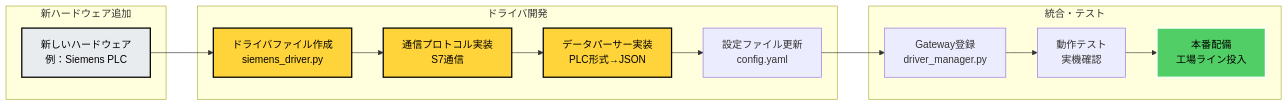
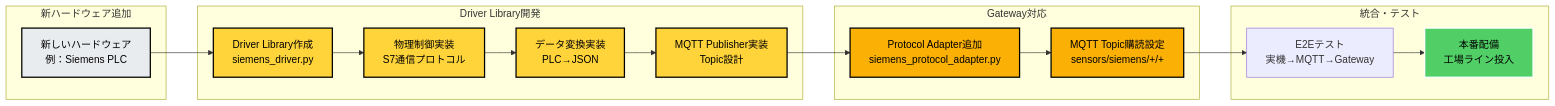
The sixth of 15 diagrams in docs/new-system/architecture/system-overview-diagrams.md (w-pinkietech/iot4-copy), drawn with Mermaid before and after one commit. The commit also changed other lines of this file, not shown here.

First line of the commit message:
docs: Redesign architecture to clean 2-layer MQTT-based system

````diff
--- a/docs/new-system/architecture/system-overview-diagrams.md
+++ b/docs/new-system/architecture/system-overview-diagrams.md
@@ -294,28 +319,36 @@
 ```mermaid
 graph LR
     subgraph "新ハードウェア追加"
         NEW_HW[新しいハードウェア<br/>例：Siemens PLC]
     end
     
-    subgraph "ドライバ開発"
-        STEP1[ドライバファイル作成<br/>siemens_driver.py]
-        STEP2[通信プロトコル実装<br/>S7通信]
-        STEP3[データパーサー実装<br/>PLC形式→JSON]
-        STEP4[設定ファイル更新<br/>config.yaml]
+    subgraph "Driver Library開発"
+        STEP1[Driver Library作成<br/>siemens_driver.py]
+        STEP2[物理制御実装<br/>S7通信プロトコル]
+        STEP3[データ変換実装<br/>PLC→JSON]
+        STEP4[MQTT Publisher実装<br/>Topic設計]
+    end
+    
+    subgraph "Gateway対応"
+        STEP5[Protocol Adapter追加<br/>siemens_protocol_adapter.py]
+        STEP6[MQTT Topic購読設定<br/>sensors/siemens/+/+]
     end
     
     subgraph "統合・テスト"
-        STEP5[Gateway登録<br/>driver_manager.py]
-        STEP6[動作テスト<br/>実機確認]
-        STEP7[本番配備<br/>工場ライン投入]
+        STEP7[E2Eテスト<br/>実機→MQTT→Gateway]
+        STEP8[本番配備<br/>工場ライン投入]
     end
     
     NEW_HW --> STEP1 --> STEP2 --> STEP3 --> STEP4
-    STEP4 --> STEP5 --> STEP6 --> STEP7
+    STEP4 --> STEP5 --> STEP6
+    STEP6 --> STEP7 --> STEP8
     
     style NEW_HW fill:#e9ecef,stroke:#000,stroke-width:2px,color:#000
     style STEP1 fill:#ffd43b,stroke:#000,stroke-width:2px,color:#000
     style STEP2 fill:#ffd43b,stroke:#000,stroke-width:2px,color:#000
     style STEP3 fill:#ffd43b,stroke:#000,stroke-width:2px,color:#000
-    style STEP7 fill:#51cf66,stroke:#fff,stroke-width:2px,color:#000
+    style STEP4 fill:#ffd43b,stroke:#000,stroke-width:2px,color:#000
+    style STEP5 fill:#fab005,stroke:#000,stroke-width:2px,color:#000
+    style STEP6 fill:#fab005,stroke:#000,stroke-width:2px,color:#000
+    style STEP8 fill:#51cf66,stroke:#fff,stroke-width:2px,color:#000
 ```
````
